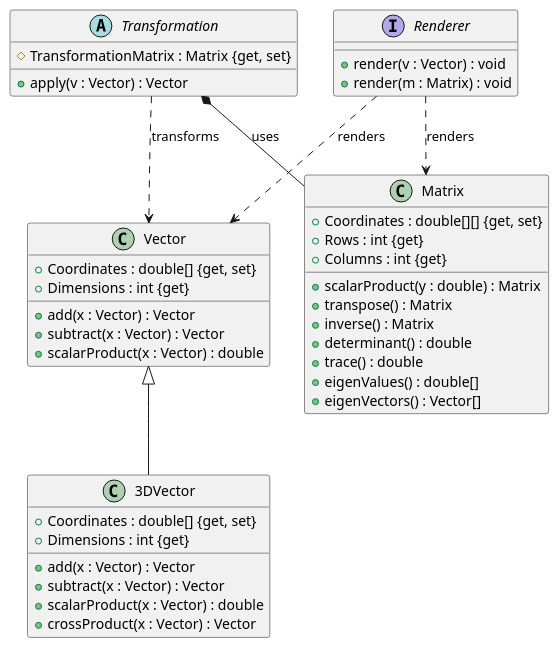
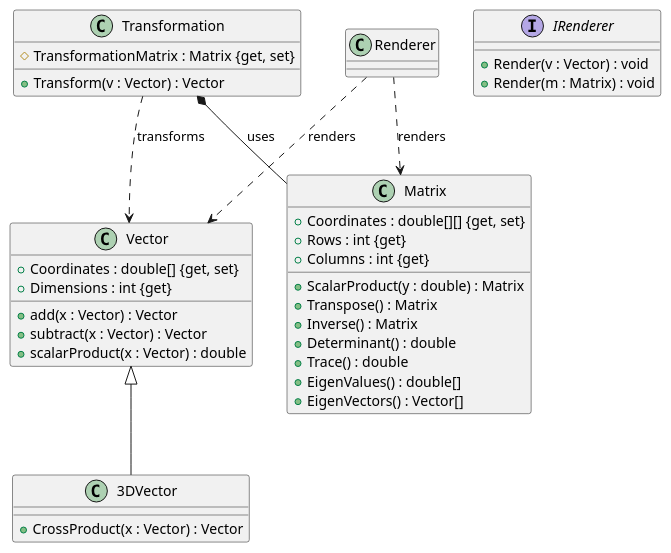
The diagram in docs/classdiagram.puml (AyoubThemry/Eigenflow), drawn with PlantUML before and after one commit. The commit also changed 4 other files, not shown here.

Commit message:
when i first wrote code  i wrote functions in camelCase now i stopped using it and i started using C# CONVENTION i updated the Class Diagram accordingly .

```diff
--- a/docs/classdiagram.puml
+++ b/docs/classdiagram.puml
@@ -1,50 +1,45 @@
 @startuml
 
 class Vector {
   + Coordinates : double[] {get, set}
   + Dimensions : int {get}
   + add(x : Vector) : Vector
   + subtract(x : Vector) : Vector
   + scalarProduct(x : Vector) : double
   
   
 }
 class 3DVector extends Vector  {
-  + Coordinates : double[] {get, set}
-  + Dimensions : int {get}
-  + add(x : Vector) : Vector
-  + subtract(x : Vector) : Vector
-  + scalarProduct(x : Vector) : double
-  + crossProduct(x : Vector) : Vector
+  + CrossProduct(x : Vector) : Vector
   
 }
 
 class Matrix {
   + Coordinates : double[][] {get, set}
   + Rows : int {get}
   + Columns : int {get}
-  + scalarProduct(y : double) : Matrix
-  + transpose() : Matrix
-  + inverse() : Matrix
-  + determinant() : double
-  + trace() : double
-  + eigenValues() : double[]
-  + eigenVectors() : Vector[]
+  + ScalarProduct(y : double) : Matrix
+  + Transpose() : Matrix
+  + Inverse() : Matrix
+  + Determinant() : double
+  + Trace() : double
+  + EigenValues() : double[]
+  + EigenVectors() : Vector[]
 }
 
-abstract class Transformation {
+class Transformation {
   # TransformationMatrix : Matrix {get, set}
-  + apply(v : Vector) : Vector
+  + Transform(v : Vector) : Vector
 }
 
-interface Renderer {
-  + render(v : Vector) : void
-  + render(m : Matrix) : void
+interface IRenderer {
+  + Render(v : Vector) : void
+  + Render(m : Matrix) : void
 }
 
 Transformation *-- Matrix : uses
 Transformation ..> Vector : transforms
 Renderer ..> Vector : renders
 Renderer ..> Matrix : renders
 
 @enduml
```
